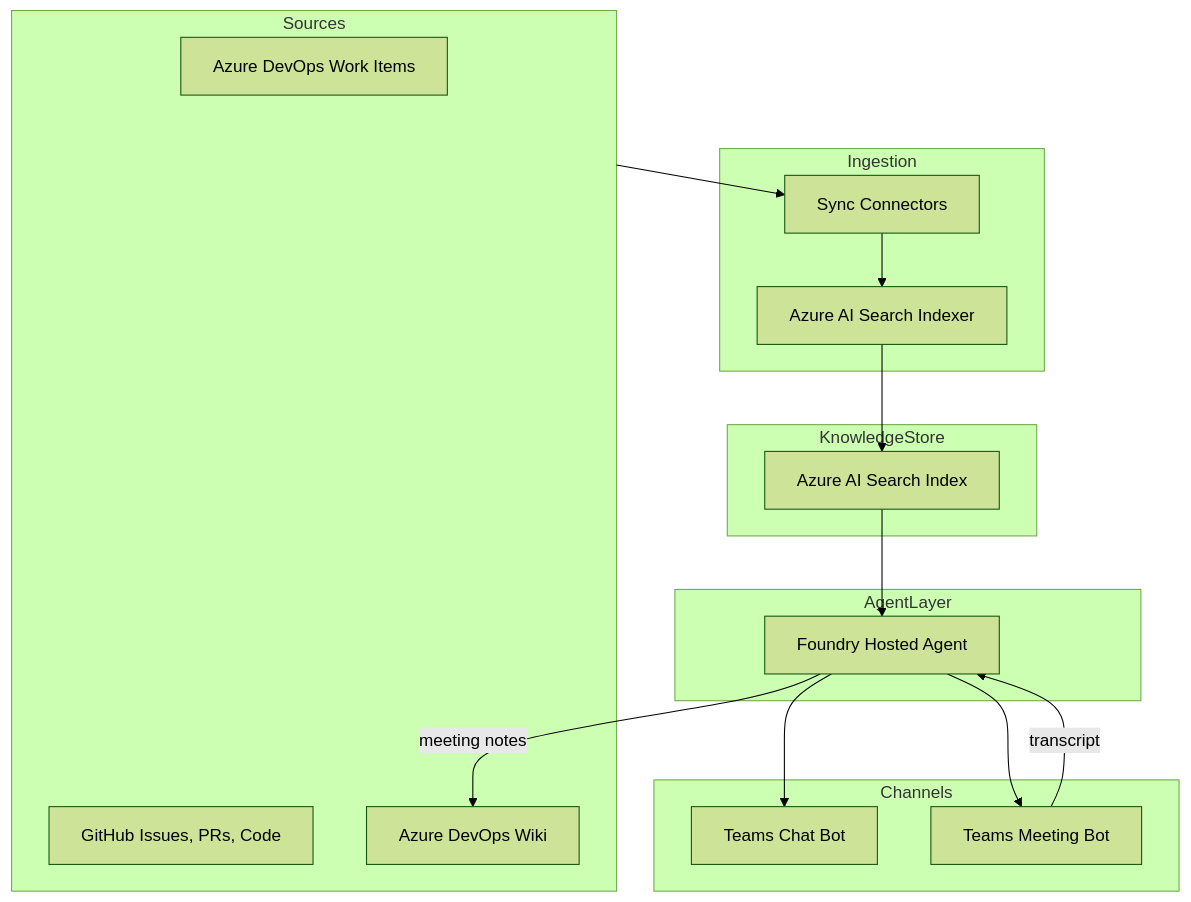
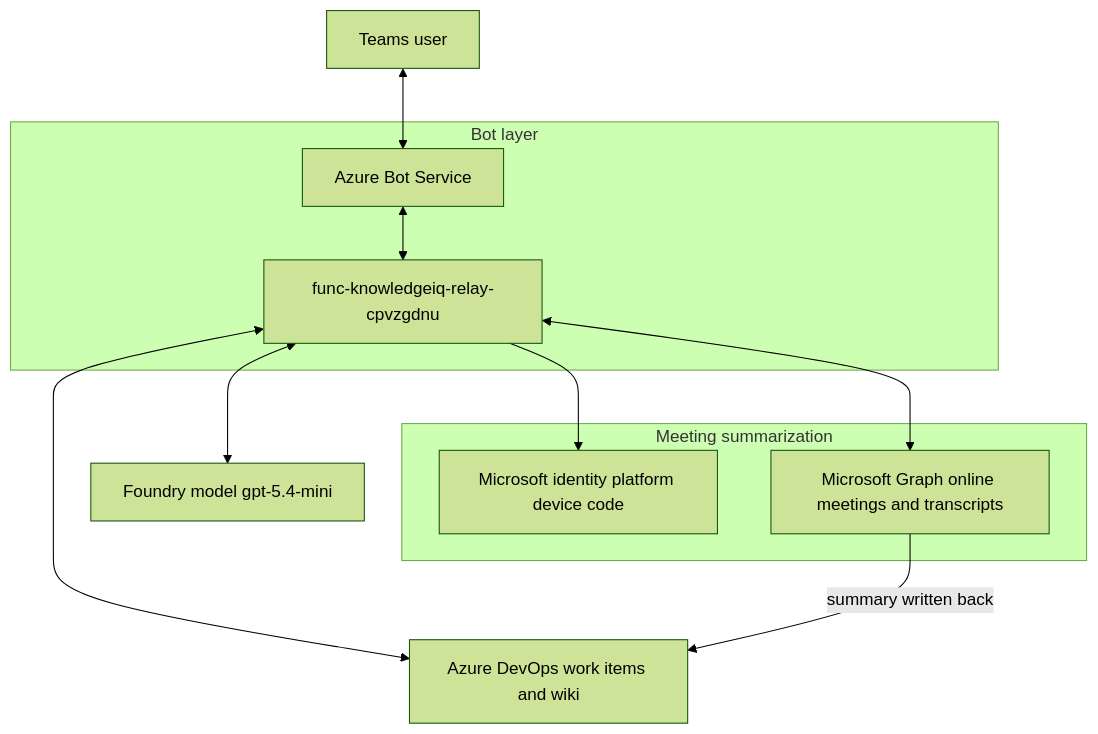
Before and after one commit to madhurshukla23/Migration-Knowledge-IQ: the first of 4 diagrams in docs/architecture.md, drawn with Mermaid (forest theme). The commit also changed other lines of this file, not shown here.

Commit message:
architecture

````diff
--- a/docs/architecture.md
+++ b/docs/architecture.md
@@ -38,33 +40,24 @@
 ```mermaid
 flowchart TB
-    subgraph Sources
-        ADO[Azure DevOps Work Items]
-        GH[GitHub Issues, PRs, Code]
-        Wiki[Azure DevOps Wiki]
+    User[Teams user]
+
+    subgraph BotLayer[Bot layer]
+        BotService[Azure Bot Service]
+        Function[func-knowledgeiq-relay-cpvzgdnu]
     end
 
-    subgraph Ingestion
-        Connectors[Sync Connectors]
-        Indexer[Azure AI Search Indexer]
+    Model[Foundry model gpt-5.4-mini]
+    ADO[Azure DevOps work items and wiki]
+
+    subgraph MeetingAuth[Meeting summarization]
+        MSIdentity[Microsoft identity platform device code]
+        Graph[Microsoft Graph online meetings and transcripts]
     end
 
-    subgraph KnowledgeStore
-        Search[Azure AI Search Index]
-    end
-
-    subgraph AgentLayer
-        Agent[Foundry Hosted Agent]
-    end
-
-    subgraph Channels
-        ChatBot[Teams Chat Bot]
-        MeetingBot[Teams Meeting Bot]
-    end
-
-    Sources --> Connectors --> Indexer --> Search
-    Search --> Agent
-    Agent --> ChatBot
-    Agent --> MeetingBot
-    MeetingBot -- transcript --> Agent
-    Agent -- meeting notes --> Wiki
+    User <--> BotService <--> Function
+    Function <--> Model
+    Function <--> ADO
+    Function --> MSIdentity
+    Function <--> Graph
+    Graph -- summary written back --> ADO
 ```
````
